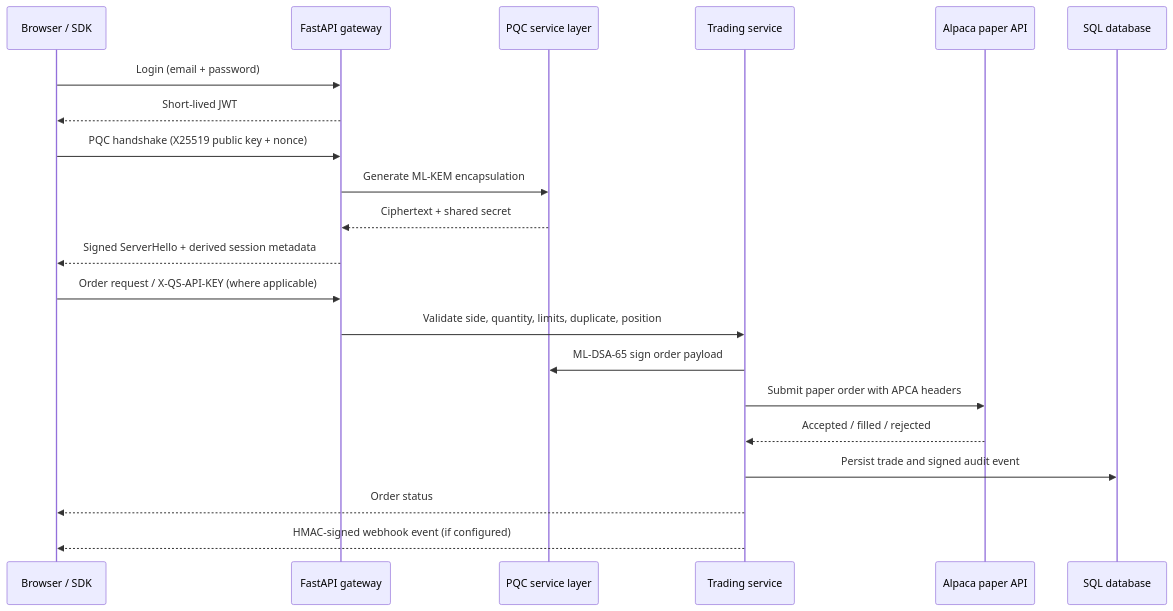
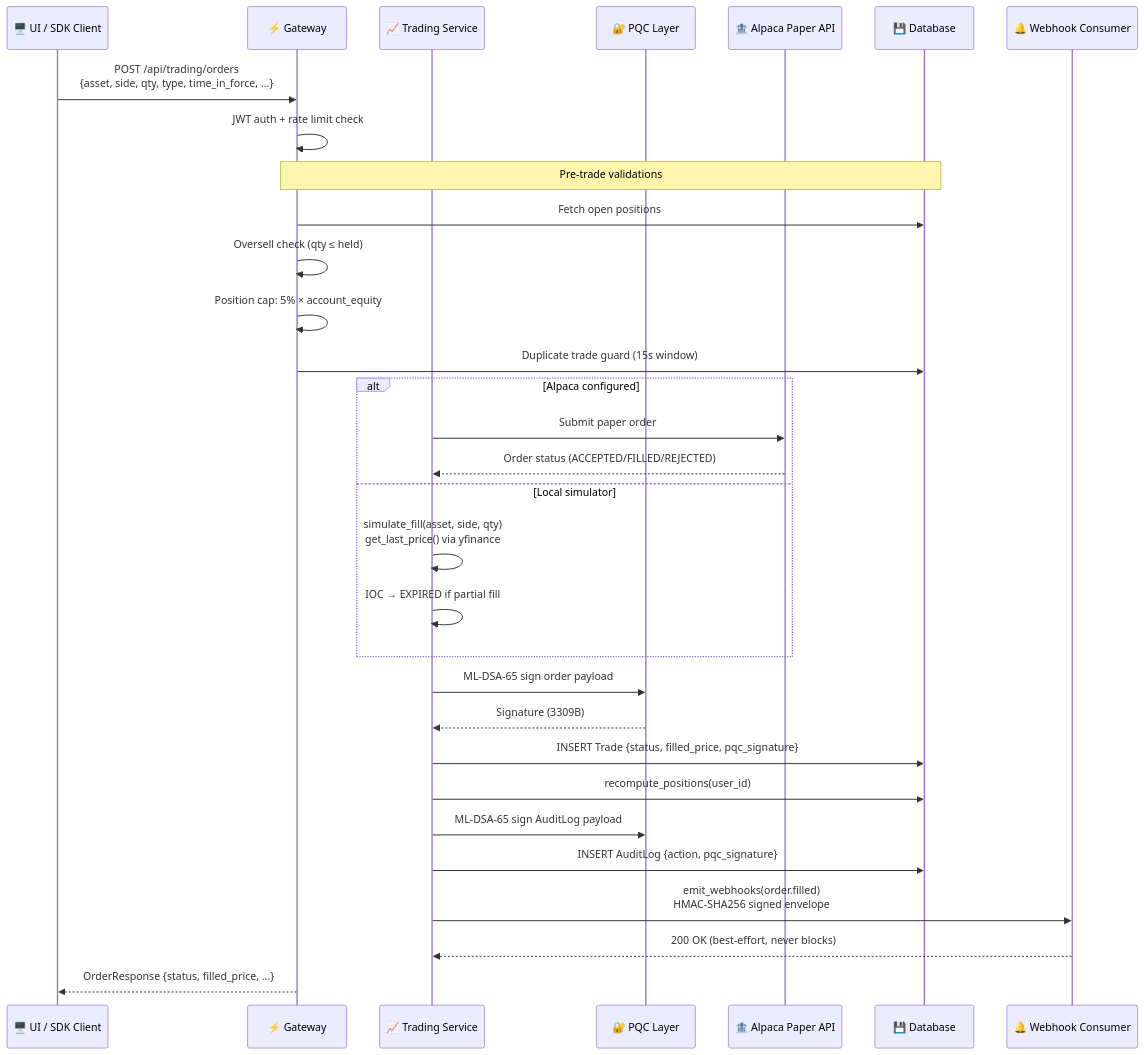
Before and after one commit to BugHunterX2101/quantumsentinel-web: the third of 6 diagrams in README.md, drawn with Mermaid. The commit also changed other lines of this file and 14 other files, not shown here.

````diff
--- a/README.md
+++ b/README.md
@@ -64,24 +173,40 @@
 ```mermaid
 sequenceDiagram
-    participant C as Browser / SDK
-    participant G as FastAPI gateway
-    participant P as PQC service layer
-    participant T as Trading service
-    participant A as Alpaca paper API
-    participant D as SQL database
+    participant UI as 🖥️ UI / SDK Client
+    participant GW as ⚡ Gateway
+    participant TS as 📈 Trading Service
+    participant PQC as 🔐 PQC Layer
+    participant ALP as 🏦 Alpaca Paper API
+    participant DB as 💾 Database
+    participant WH as 🔔 Webhook Consumer
 
-    C->>G: Login (email + password)
-    G-->>C: Short-lived JWT
-    C->>G: PQC handshake (X25519 public key + nonce)
-    G->>P: Generate ML-KEM encapsulation
-    P-->>G: Ciphertext + shared secret
-    G-->>C: Signed ServerHello + derived session metadata
-    C->>G: Order request / X-QS-API-KEY (where applicable)
-    G->>T: Validate side, quantity, limits, duplicate, position
-    T->>P: ML-DSA-65 sign order payload
-    T->>A: Submit paper order with APCA headers
-    A-->>T: Accepted / filled / rejected
-    T->>D: Persist trade and signed audit event
-    T-->>C: Order status
-    T-->>C: HMAC-signed webhook event (if configured)
+    UI->>GW: POST /api/trading/orders<br/>{asset, side, qty, type, time_in_force, ...}
+    GW->>GW: JWT auth + rate limit check
+
+    Note over GW,DB: Pre-trade validations
+    GW->>DB: Fetch open positions
+    GW->>GW: Oversell check (qty ≤ held)
+    GW->>GW: Position cap: 5% × account_equity
+    GW->>DB: Duplicate trade guard (15s window)
+
+    alt Alpaca configured
+        TS->>ALP: Submit paper order
+        ALP-->>TS: Order status (ACCEPTED/FILLED/REJECTED)
+    else Local simulator
+        TS->>TS: simulate_fill(asset, side, qty)<br/>get_last_price() via yfinance
+        TS->>TS: IOC → EXPIRED if partial fill
+    end
+
+    TS->>PQC: ML-DSA-65 sign order payload
+    PQC-->>TS: Signature (3309B)
+
+    TS->>DB: INSERT Trade {status, filled_price, pqc_signature}
+    TS->>DB: recompute_positions(user_id)
+    TS->>PQC: ML-DSA-65 sign AuditLog payload
+    TS->>DB: INSERT AuditLog {action, pqc_signature}
+
+    TS->>WH: emit_webhooks(order.filled)<br/>HMAC-SHA256 signed envelope
+    WH-->>TS: 200 OK (best-effort, never blocks)
+
+    GW-->>UI: OrderResponse {status, filled_price, ...}
 ```
````
